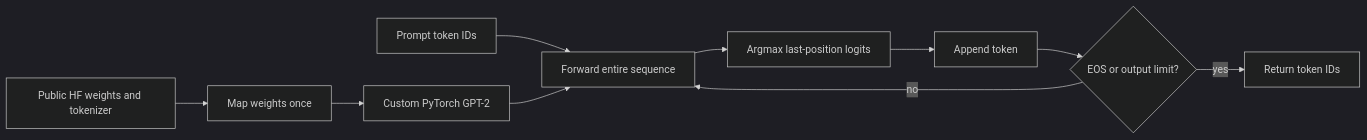
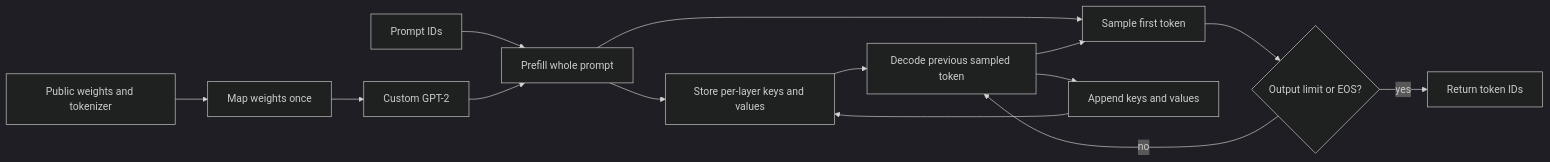
Before and after one commit to harshith49/approval-agent: the diagram in llm engine/README.md, drawn with Mermaid (dark theme). The commit also changed other lines of this file and 7 other files, not shown here.

````diff
--- a/llm engine/README.md
+++ b/llm engine/README.md
@@ -46,12 +47,16 @@
 ```mermaid
 flowchart LR
-    HF[Public HF weights and tokenizer] --> Load[Map weights once]
-    Load --> Own[Custom PyTorch GPT-2]
-    Prompt[Prompt token IDs] --> Forward[Forward entire sequence]
-    Own --> Forward
-    Forward --> Greedy[Argmax last-position logits]
-    Greedy --> Append[Append token]
-    Append --> Done{EOS or output limit?}
-    Done -->|no| Forward
+    HF[Public weights and tokenizer] --> Load[Map weights once]
+    Load --> Own[Custom GPT-2]
+    Prompt[Prompt IDs] --> Prefill[Prefill whole prompt]
+    Own --> Prefill
+    Prefill --> Cache[Store per-layer keys and values]
+    Prefill --> Sample[Sample first token]
+    Sample --> Done{Output limit or EOS?}
+    Done -->|no| Decode[Decode previous sampled token]
+    Cache --> Decode
+    Decode --> Update[Append keys and values]
+    Update --> Cache
+    Decode --> Sample
     Done -->|yes| Output[Return token IDs]
 ```
````
